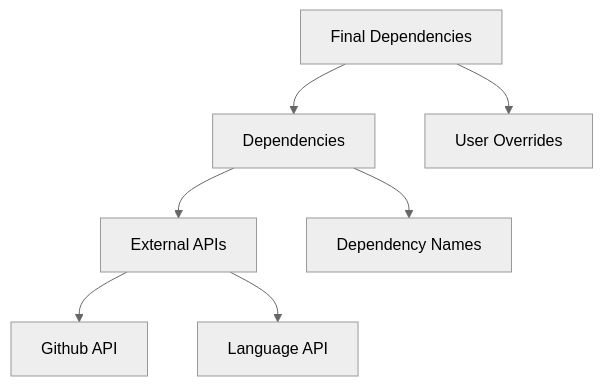
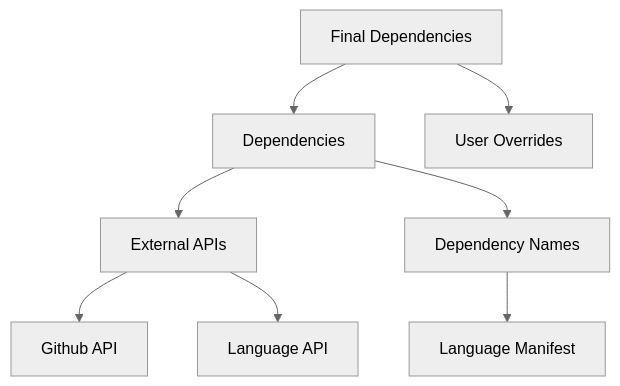
One commit to tommilligan/yalich changed the diagram in img/data-flow.mermaid. Above: the diagram before and after it, drawn with Mermaid (neutral theme). The commit also changed 2 other files, not shown here.

```diff
--- a/img/data-flow.mermaid
+++ b/img/data-flow.mermaid
@@ -1,10 +1,12 @@
 graph TD
+
+dependency_names --> mainfests[Language Manifest]
 
 external_api --> github[Github API]
 external_api --> language_api[Language API]
 
 dependencies --> external_api[External APIs]
 dependencies[Dependencies] --> dependency_names[Dependency Names]
 
 final_dependencies --> dependencies
 final_dependencies[Final Dependencies] --> user_overrides[User Overrides]
```
